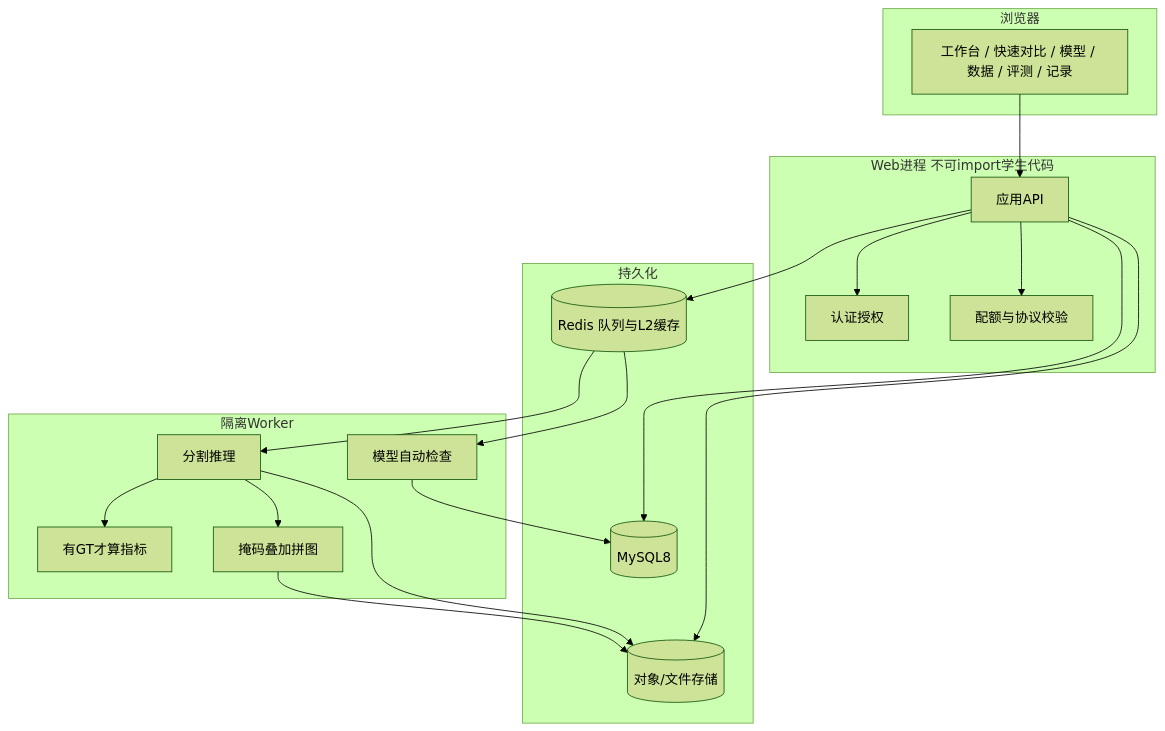
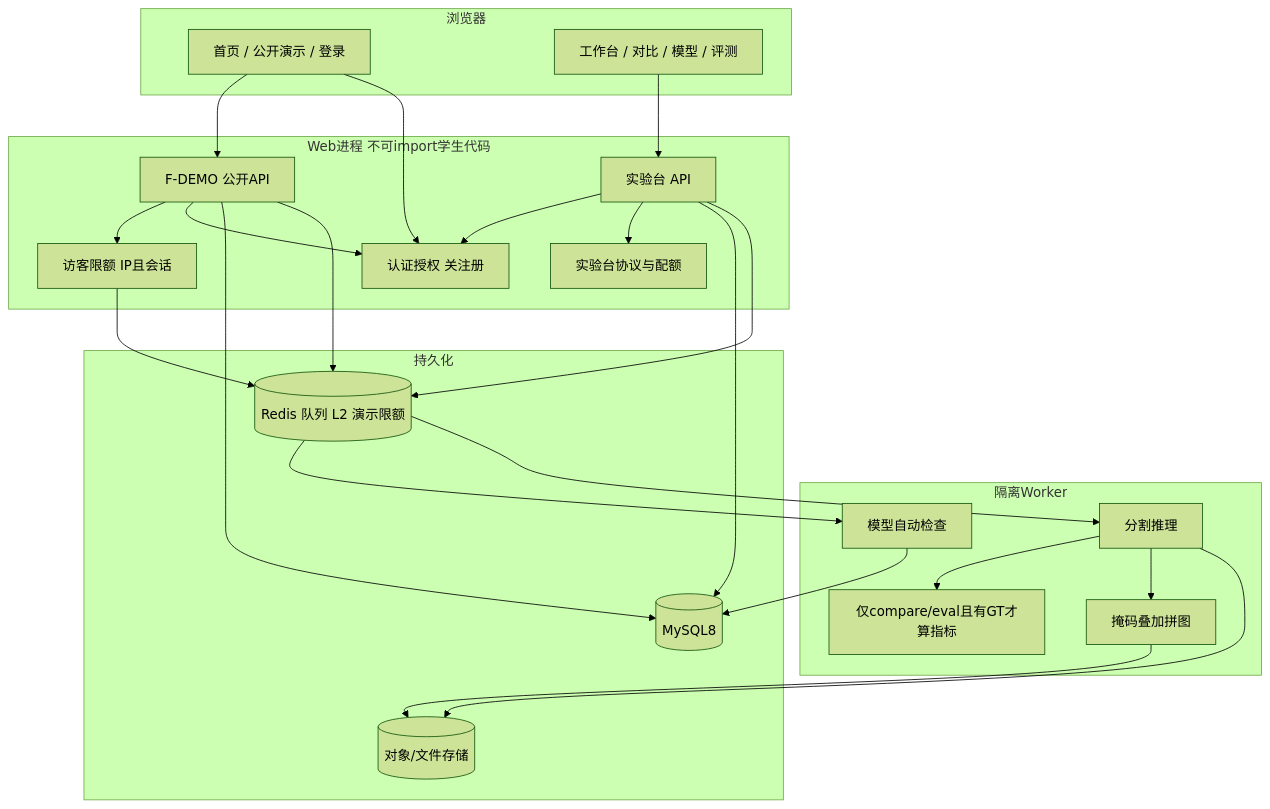
One commit to Zst2001/SteelDefect changed the first of 5 diagrams in docs/课题组网站概要设计书.md. Above: the diagram before and after it, drawn with Mermaid (forest theme). The commit also changed other lines of this file and 48 other files, not shown here.

Commit message:
Add public demo, closed registration, and advisor-only result records.

````diff
--- a/docs/课题组网站概要设计书.md
+++ b/docs/课题组网站概要设计书.md
@@ -60,39 +87,48 @@
 ```mermaid
 flowchart TB
   subgraph client [浏览器]
-    Pages[工作台 / 快速对比 / 模型 / 数据 / 评测 / 记录]
+    Public[首页 / 公开演示 / 登录]
+    Lab[工作台 / 对比 / 模型 / 评测]
   end
 
   subgraph web [Web进程 不可import学生代码]
-    Auth[认证授权]
-    API[应用API]
-    Quota[配额与协议校验]
+    Auth[认证授权 关注册]
+    DemoAPI[F-DEMO 公开API]
+    LabAPI[实验台 API]
+    GuestQ[访客限额 IP且会话]
+    Quota[实验台协议与配额]
   end
 
   subgraph worker [隔离Worker]
     Admit[模型自动检查]
     Infer[分割推理]
-    Metric[有GT才算指标]
+    Metric[仅compare/eval且有GT才算指标]
     Viz[掩码叠加拼图]
   end
 
   subgraph data [持久化]
     DB[(MySQL8)]
-    Redis[(Redis 队列与L2缓存)]
+    Redis[(Redis 队列 L2 演示限额)]
     FS[(对象/文件存储)]
   end
 
-  Pages --> API
-  API --> Auth
-  API --> Quota
-  API --> DB
-  API --> Redis
-  API --> FS
+  Public --> DemoAPI
+  Public --> Auth
+  Lab --> LabAPI
+  DemoAPI --> GuestQ
+  DemoAPI --> Auth
+  LabAPI --> Auth
+  LabAPI --> Quota
+  GuestQ --> Redis
+  DemoAPI --> DB
+  LabAPI --> DB
+  DemoAPI --> Redis
+  LabAPI --> Redis
   Redis --> Admit
   Redis --> Infer
   Infer --> Metric
   Infer --> Viz
   Admit --> DB
   Infer --> FS
   Viz --> FS
 ```
````
